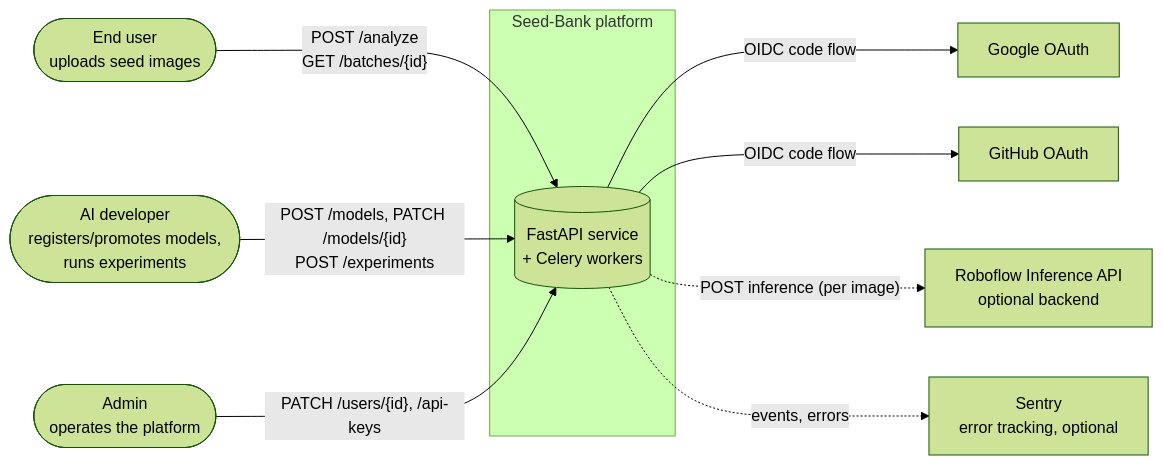
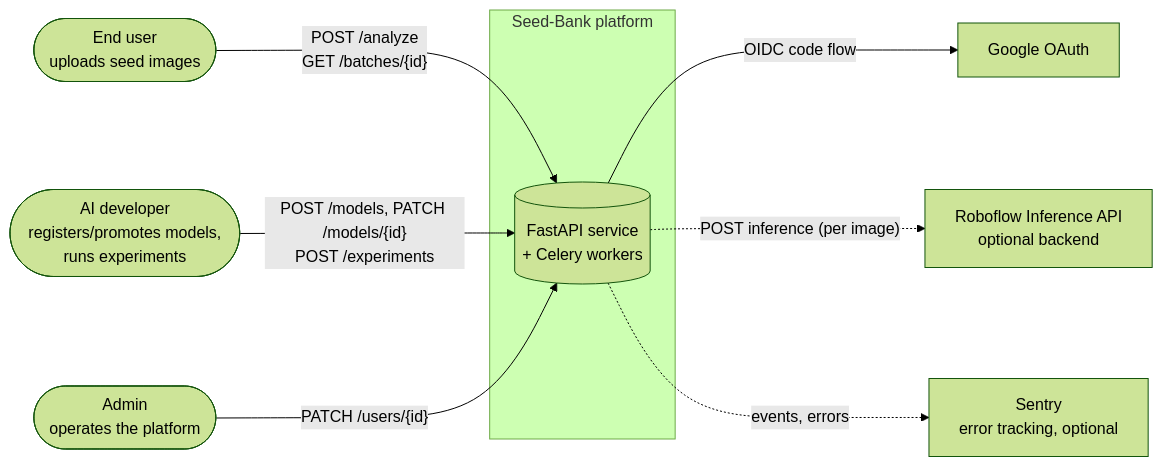
One commit to RealOrangeKun/seed-bank changed the diagram in docs/diagrams/01-system-context.md. Above: the diagram before and after it, drawn with Mermaid (forest theme). The commit also changed 19 other files, not shown here.

First line of the commit message:
chore: finalize removal of personal API keys and GitHub OAuth

````diff
--- a/docs/diagrams/01-system-context.md
+++ b/docs/diagrams/01-system-context.md
@@ -10,28 +10,26 @@
 ```mermaid
 flowchart LR
     %% Actors
     EU([End user<br/>uploads seed images])
     AID([AI developer<br/>registers/promotes models,<br/>runs experiments])
     AD([Admin<br/>operates the platform])
 
     %% System boundary
     subgraph SB["Seed-Bank platform"]
         API[(FastAPI service<br/>+ Celery workers)]
     end
 
     %% External systems
     GOO[Google OAuth]
-    GH[GitHub OAuth]
     RB[Roboflow Inference API<br/>optional backend]
     SE[Sentry<br/>error tracking, optional]
 
     %% Edges
     EU -- "POST /analyze<br/>GET /batches/{id}" --> API
     AID -- "POST /models, PATCH /models/{id}<br/>POST /experiments" --> API
-    AD  -- "PATCH /users/{id}, /api-keys" --> API
+    AD  -- "PATCH /users/{id}" --> API
 
     API -- "OIDC code flow" --> GOO
-    API -- "OIDC code flow" --> GH
     API -. "POST inference (per image)" .-> RB
     API -. "events, errors" .-> SE
 ```
````
